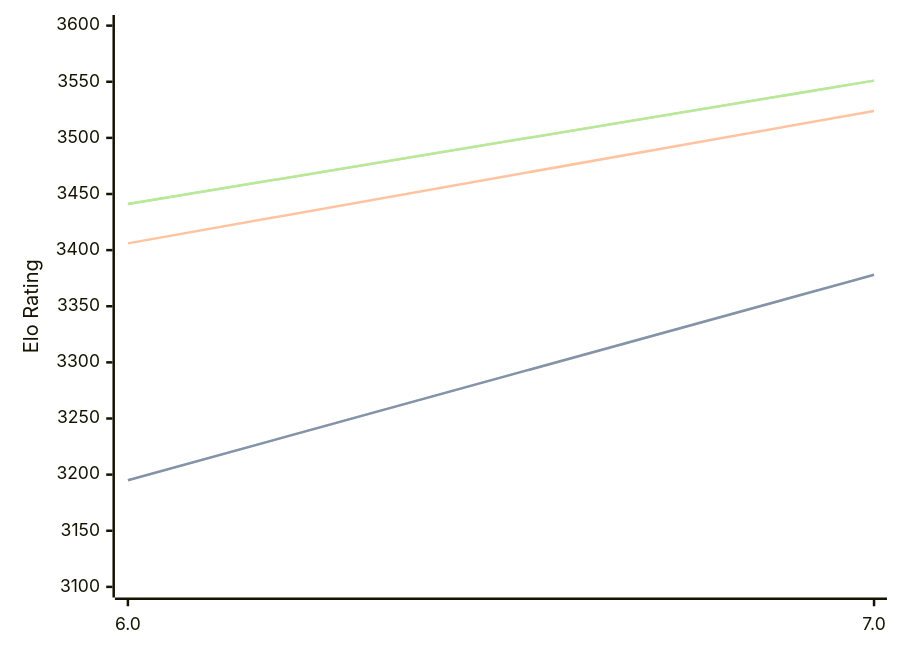
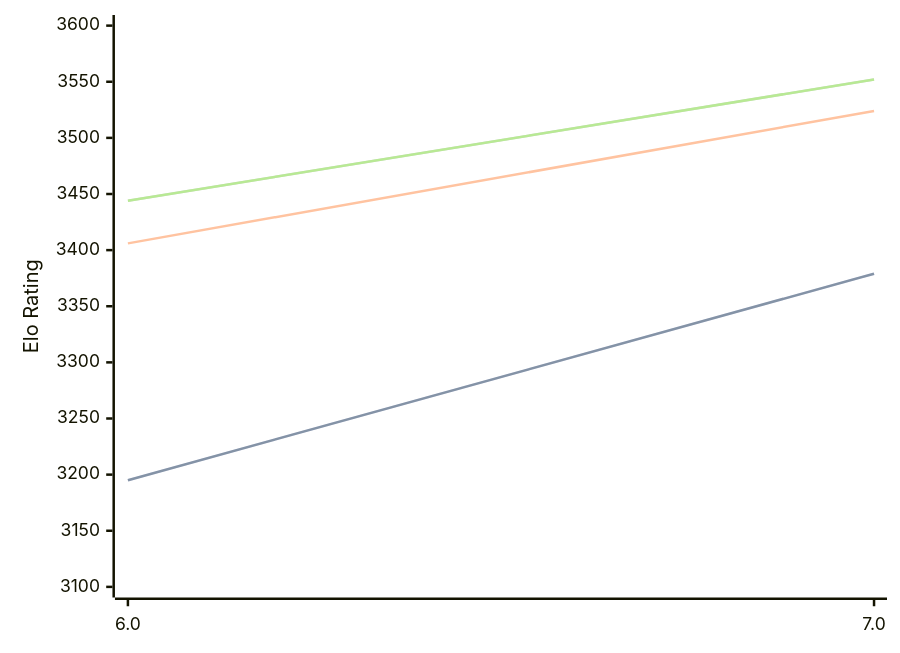
One commit to computer-chess-index/cci changed the diagram in engines/Devre.md. Above: the diagram before and after it, drawn with Mermaid. The commit also changed other lines of this file, not shown here.

Commit message:
Update CCI Ratings (ELO VLTC) - 2026-09-13

````diff
--- a/engines/Devre.md
+++ b/engines/Devre.md
@@ -32,11 +32,11 @@
 ```mermaid
 %%{init: {"theme":"base","themeVariables":{"seriesColors:['#a3a3a3','#222221','#faa371']}}}%%
 xychart-beta
   x-axis ["6.0", "7.0"]
   y-axis "Elo Rating" 3100 --> 3600
-  line "" [3195, 3378]
-  line "STC (8.0+0.08s)" [3195, 3378]
+  line "" [3195, 3379]
+  line "STC (8.0+0.08s)" [3195, 3379]
   line "LTC (60.0+0.60s)" [3406, 3524]
-  line "" [3441, 3551]
-  line "VLTC (2m24s+1.12s)" [3441, 3551]
+  line "" [3444, 3552]
+  line "VLTC (2m24s+1.12s)" [3444, 3552]
 ```
````
